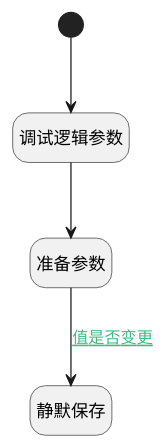
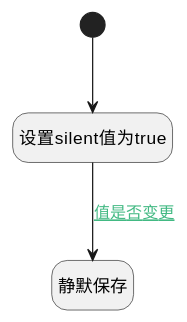
Before and after one commit to iBizLab/plm: the diagram in doc/docsify/module/Wiki/article_page/uilogic/auto_save.md, drawn with PlantUML. The commit also changed other lines of this file and 1068 other files, not shown here.

````diff
--- a/doc/docsify/module/Wiki/article_page/uilogic/auto_save.md
+++ b/doc/docsify/module/Wiki/article_page/uilogic/auto_save.md
@@ -7,23 +7,21 @@
 ```plantuml
 @startuml
 hide footbox
 <style>
 root {
   HyperlinkColor #42b983
 }
 </style>
 
 hide empty description
 state "开始" as Begin <<start>> [[$./auto_save#begin {开始}]]
-state "调试逻辑参数" as DEBUGPARAM1  [[$./auto_save#debugparam1 {调试逻辑参数}]]
-state "准备参数" as PREPAREJSPARAM1  [[$./auto_save#preparejsparam1 {准备参数}]]
+state "设置silent值为true" as PREPAREJSPARAM1  [[$./auto_save#preparejsparam1 {设置silent值为true}]]
 state "静默保存" as VIEWCTRLINVOKE1  [[$./auto_save#viewctrlinvoke1 {静默保存}]]
 
 
-Begin --> DEBUGPARAM1
-DEBUGPARAM1 --> PREPAREJSPARAM1
+Begin --> PREPAREJSPARAM1
 PREPAREJSPARAM1 --> VIEWCTRLINVOKE1 : [[$./auto_save#preparejsparam1-viewctrlinvoke1{值是否变更} 值是否变更]]
 
 
 @enduml
 ```
````
